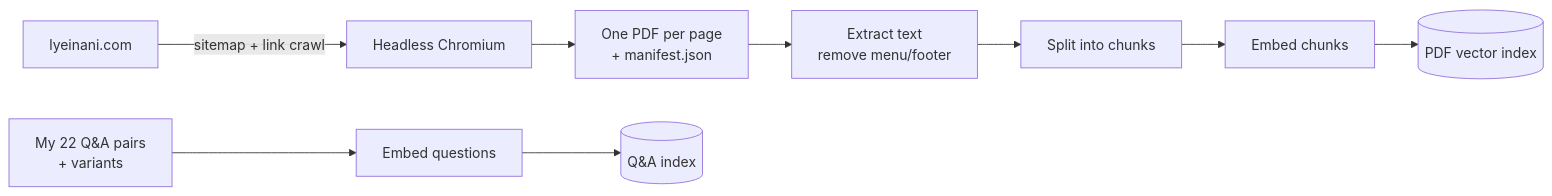
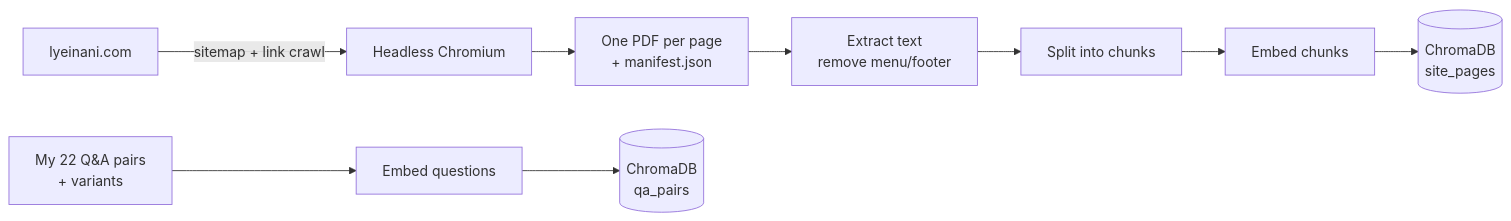
One commit to alwayzlynluv/lyeinani-rag-chatbot changed the first of 2 diagrams in README.md. Above: the diagram before and after it, drawn with Mermaid. The commit also changed other lines of this file, not shown here.

````diff
--- a/README.md
+++ b/README.md
@@ -30,12 +32,12 @@
 ```mermaid
 flowchart LR
     S[lyeinani.com] -->|sitemap + link crawl| P[Headless Chromium]
     P --> PDF[One PDF per page<br/>+ manifest.json]
     PDF --> T[Extract text<br/>remove menu/footer]
     T --> C[Split into chunks]
     C --> E1[Embed chunks]
-    E1 --> V[(PDF vector index)]
+    E1 --> V[(ChromaDB<br/>site_pages)]
 
     Q[My 22 Q&A pairs<br/>+ variants] --> E2[Embed questions]
-    E2 --> QV[(Q&A index)]
+    E2 --> QV[(ChromaDB<br/>qa_pairs)]
 ```
````
